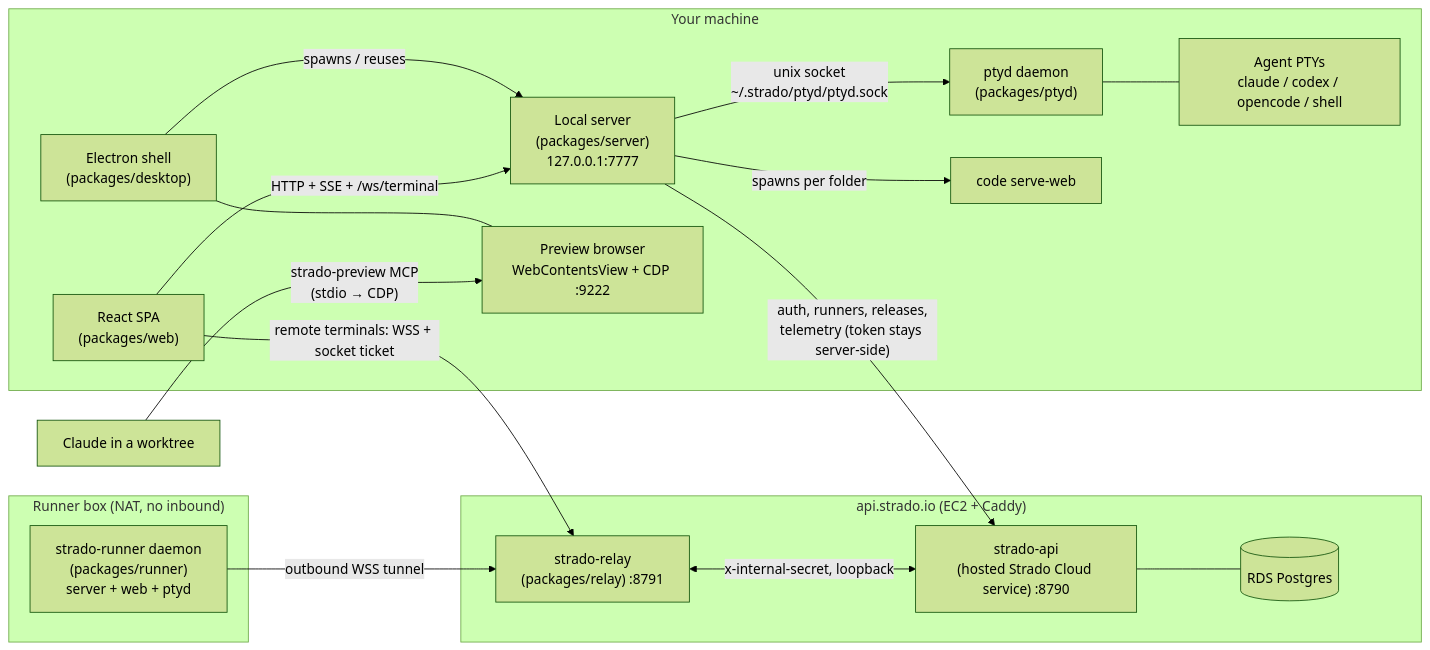
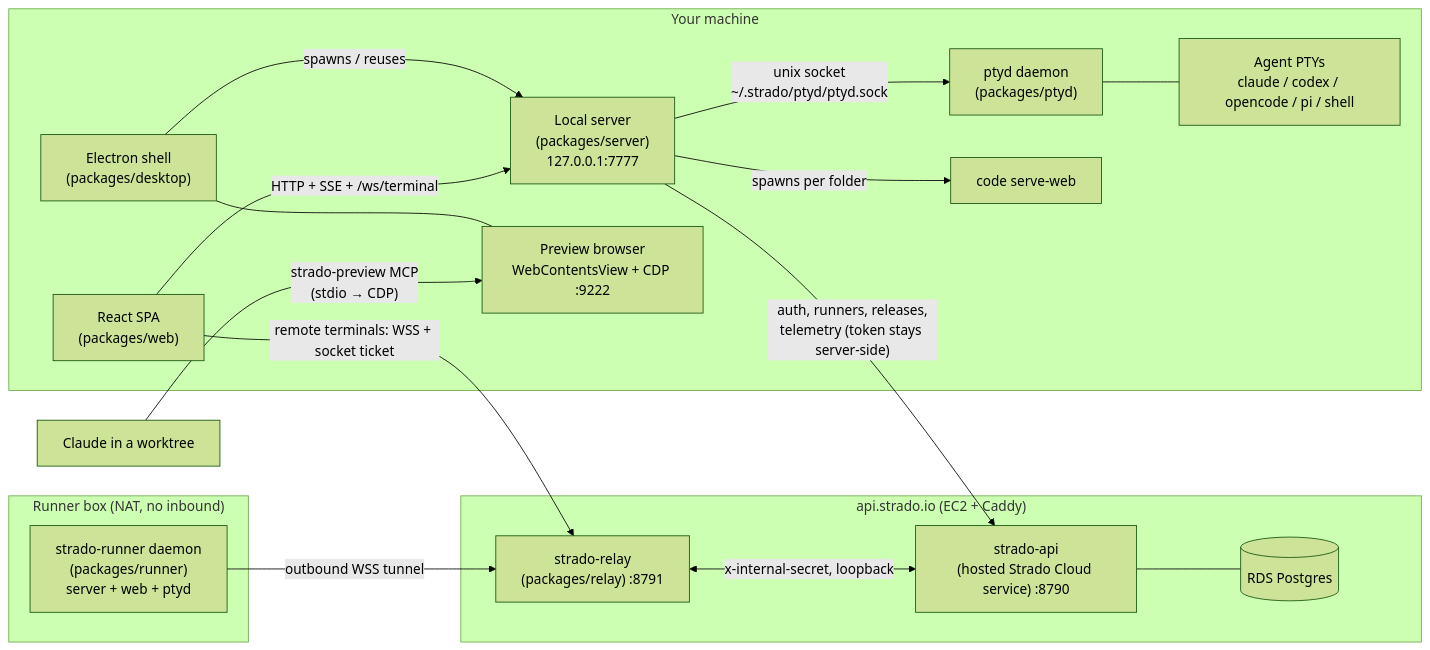
Before and after one commit to strado-io/strado: the first of 4 diagrams in docs/ARCHITECTURE.md, drawn with Mermaid (forest theme). The commit also changed other lines of this file and 81 other files, not shown here.

````diff
--- a/docs/ARCHITECTURE.md
+++ b/docs/ARCHITECTURE.md
@@ -30,36 +30,36 @@
 ```mermaid
 flowchart LR
     subgraph mac["Your machine"]
         desktop["Electron shell<br/>(packages/desktop)"]
         web["React SPA<br/>(packages/web)"]
         server["Local server<br/>(packages/server)<br/>127.0.0.1:7777"]
         ptyd["ptyd daemon<br/>(packages/ptyd)"]
-        agents["Agent PTYs<br/>claude / codex / opencode / shell"]
+        agents["Agent PTYs<br/>claude / codex / opencode / pi / shell"]
         vscode["code serve-web"]
         preview["Preview browser<br/>WebContentsView + CDP :9222"]
 
         desktop -->|"spawns / reuses"| server
         desktop --- preview
         web -->|"HTTP + SSE + /ws/terminal"| server
         server -->|"unix socket<br/>~/.strado/ptyd/ptyd.sock"| ptyd
         ptyd --- agents
         server -->|"spawns per folder"| vscode
     end
 
     subgraph cloud["api.strado.io (EC2 + Caddy)"]
         api["strado-api<br/>(hosted Strado Cloud service) :8790"]
         relay["strado-relay<br/>(packages/relay) :8791"]
         rds[("RDS Postgres")]
         api --- rds
     end
 
     subgraph home["Runner box (NAT, no inbound)"]
         runner["strado-runner daemon<br/>(packages/runner)<br/>server + web + ptyd"]
     end
 
     server -->|"auth, runners, releases,<br/>telemetry (token stays server-side)"| api
     web -->|"remote terminals: WSS + socket ticket"| relay
     runner -->|"outbound WSS tunnel"| relay
     relay <-->|"x-internal-secret, loopback"| api
     agentsMCP["Claude in a worktree"] -->|"strado-preview MCP<br/>(stdio → CDP)"| preview
 ```
````
